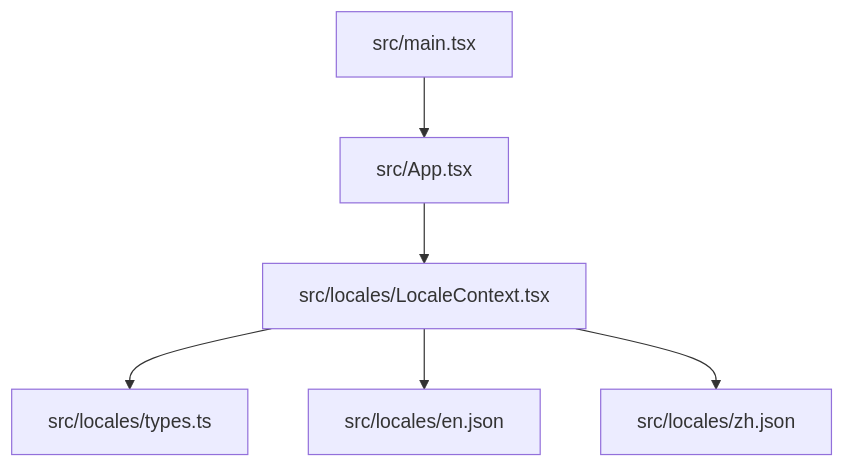
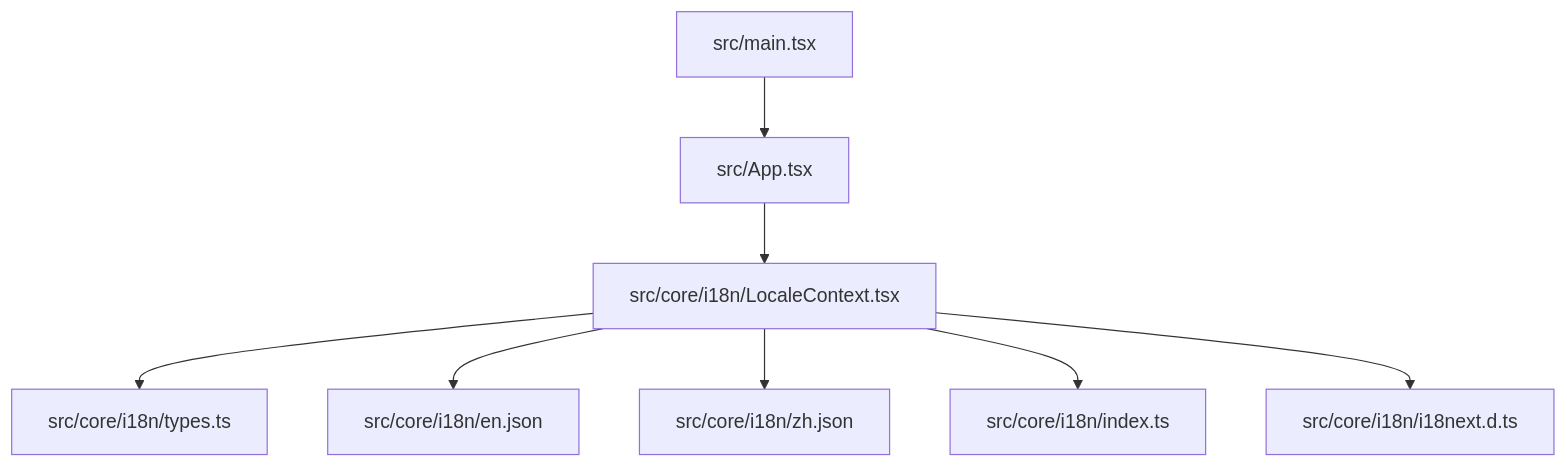
Before and after one commit to Hu-Right/supply-os: the first of 7 diagrams in .qoder/repowiki/zh/content/架构设计/国际化架构.md, drawn with Mermaid. The commit also changed other lines of this file and 16 other files, not shown here.

````diff
--- a/.qoder/repowiki/zh/content/架构设计/国际化架构.md
+++ b/.qoder/repowiki/zh/content/架构设计/国际化架构.md
@@ -38,8 +47,10 @@
 ```mermaid
 graph TB
 A["src/main.tsx"] --> B["src/App.tsx"]
-B --> C["src/locales/LocaleContext.tsx"]
-C --> D["src/locales/types.ts"]
-C --> E["src/locales/en.json"]
-C --> F["src/locales/zh.json"]
+B --> C["src/core/i18n/LocaleContext.tsx"]
+C --> D["src/core/i18n/types.ts"]
+C --> E["src/core/i18n/en.json"]
+C --> F["src/core/i18n/zh.json"]
+C --> G["src/core/i18n/index.ts"]
+C --> H["src/core/i18n/i18next.d.ts"]
 ```
````
